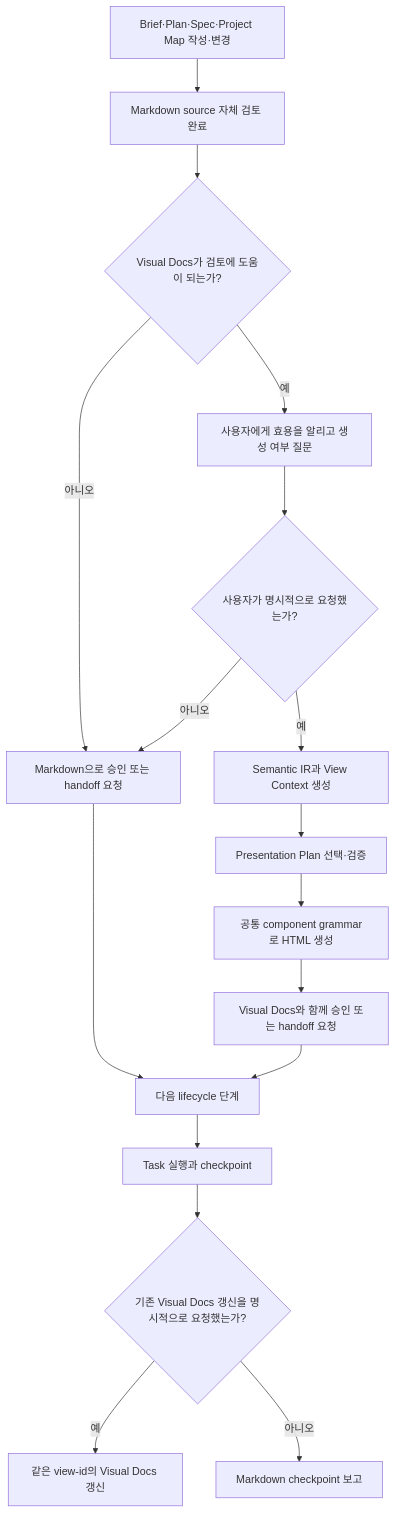
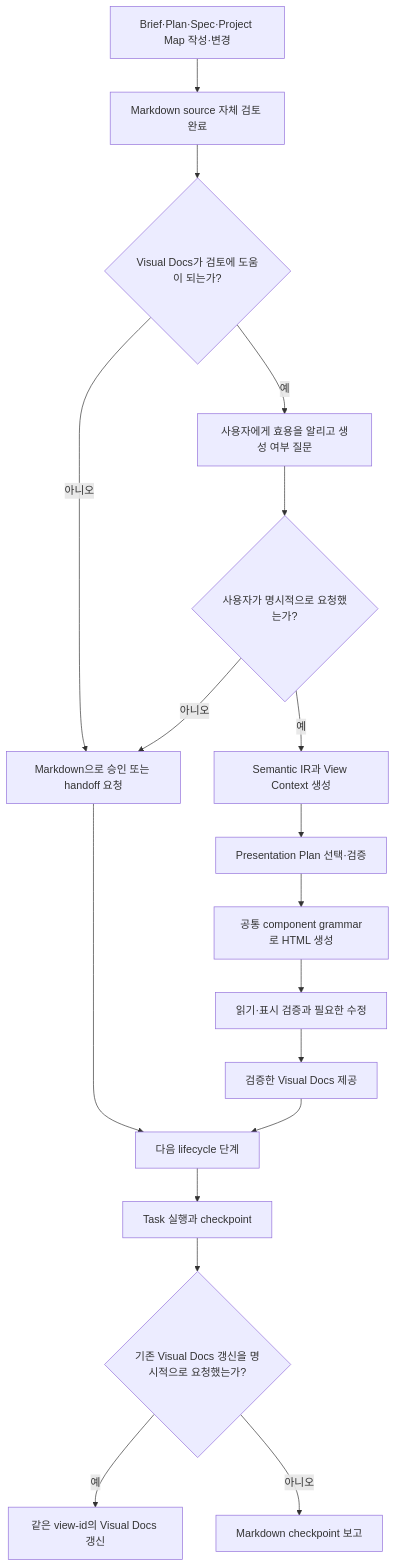
Before and after one commit to hope1026/aiagent-plugins: the first of 3 diagrams in docs/specs/review-viewer-lifecycle/human-readable-review-viewer.md, drawn with Mermaid. The commit also changed other lines of this file and 50 other files, not shown here.

````diff
--- a/docs/specs/review-viewer-lifecycle/human-readable-review-viewer.md
+++ b/docs/specs/review-viewer-lifecycle/human-readable-review-viewer.md
@@ -43,19 +43,20 @@
 ```mermaid
 flowchart TD
     A[Brief·Plan·Spec·Project Map 작성·변경] --> B[Markdown source 자체 검토 완료]
     B --> C{Visual Docs가 검토에 도움이 되는가?}
     C -- 예 --> D[사용자에게 효용을 알리고 생성 여부 질문]
     C -- 아니오 --> E[Markdown으로 승인 또는 handoff 요청]
     D --> F{사용자가 명시적으로 요청했는가?}
     F -- 예 --> G[Semantic IR과 View Context 생성]
     F -- 아니오 --> E
     G --> GP[Presentation Plan 선택·검증]
     GP --> GR[공통 component grammar로 HTML 생성]
-    GR --> H[Visual Docs와 함께 승인 또는 handoff 요청]
+    GR --> QA[읽기·표시 검증과 필요한 수정]
+    QA --> H[검증한 Visual Docs 제공]
     E --> I[다음 lifecycle 단계]
     H --> I
     I --> J[Task 실행과 checkpoint]
     J --> K{기존 Visual Docs 갱신을 명시적으로 요청했는가?}
     K -- 예 --> L[같은 view-id의 Visual Docs 갱신]
     K -- 아니오 --> M[Markdown checkpoint 보고]
 ```
````
